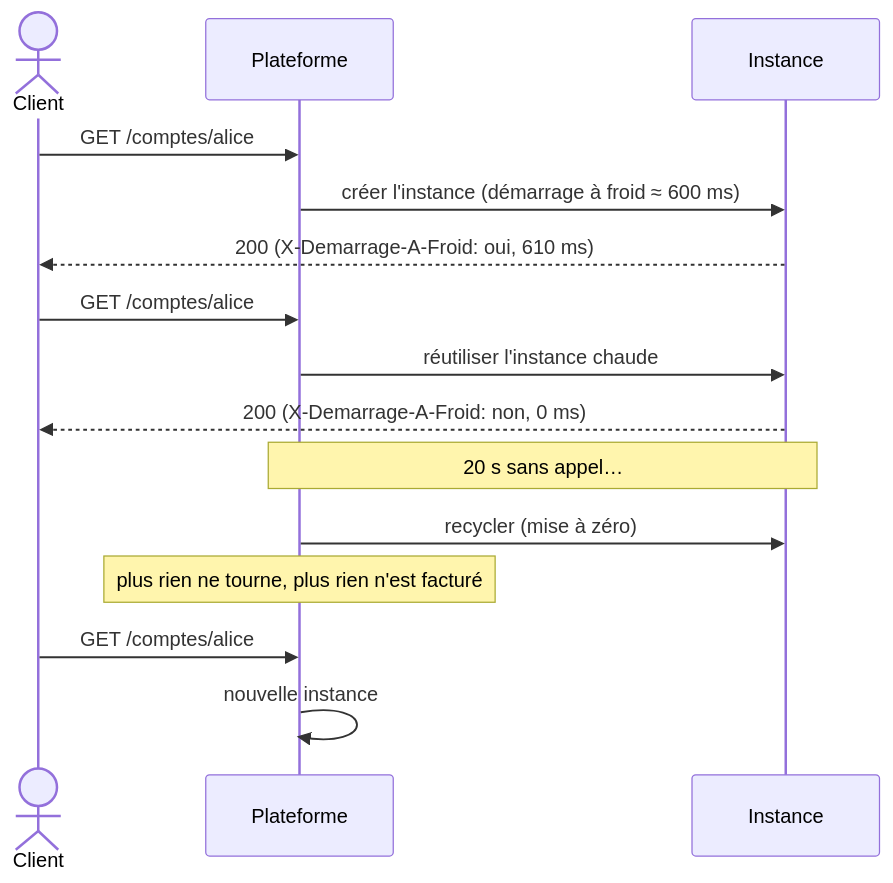
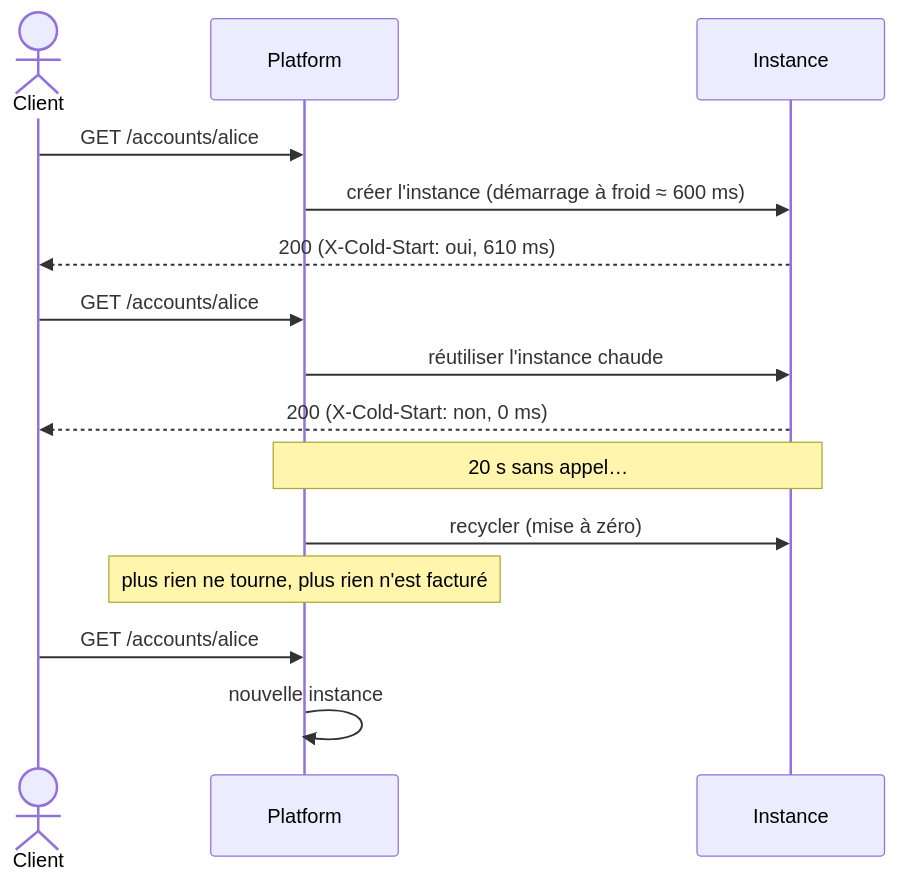
One commit to drangoht/ArchitecturesDemo changed the second of 4 diagrams in Docs/12-serverless.md. Above: the diagram before and after it, drawn with Mermaid. The commit also changed other lines of this file and 70 other files, not shown here.

Commit message:
Docs FR : identifiants, liens, diagrammes et sorties alignés sur le code anglais

````diff
--- a/Docs/12-serverless.md
+++ b/Docs/12-serverless.md
@@ -139,17 +139,17 @@
 ```mermaid
 sequenceDiagram
     actor C as Client
-    participant P as Plateforme
+    participant P as Platform
     participant I1 as Instance #1
-    C->>P: GET /comptes/alice
+    C->>P: GET /accounts/alice
     P->>I1: créer l'instance (démarrage à froid ≈ 600 ms)
-    I1-->>C: 200 (X-Demarrage-A-Froid: oui, 610 ms)
-    C->>P: GET /comptes/alice
+    I1-->>C: 200 (X-Cold-Start: oui, 610 ms)
+    C->>P: GET /accounts/alice
     P->>I1: réutiliser l'instance chaude
-    I1-->>C: 200 (X-Demarrage-A-Froid: non, 0 ms)
+    I1-->>C: 200 (X-Cold-Start: non, 0 ms)
     Note over P,I1: 20 s sans appel…
     P->>I1: recycler (mise à zéro)
     Note over P: plus rien ne tourne, plus rien n'est facturé
-    C->>P: GET /comptes/alice
+    C->>P: GET /accounts/alice
     P->>P: nouvelle instance #2 (de nouveau à froid)
 ```
````
